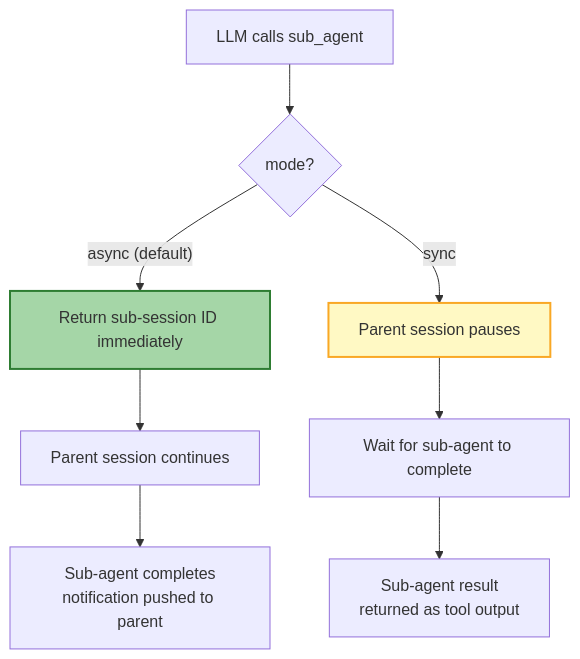
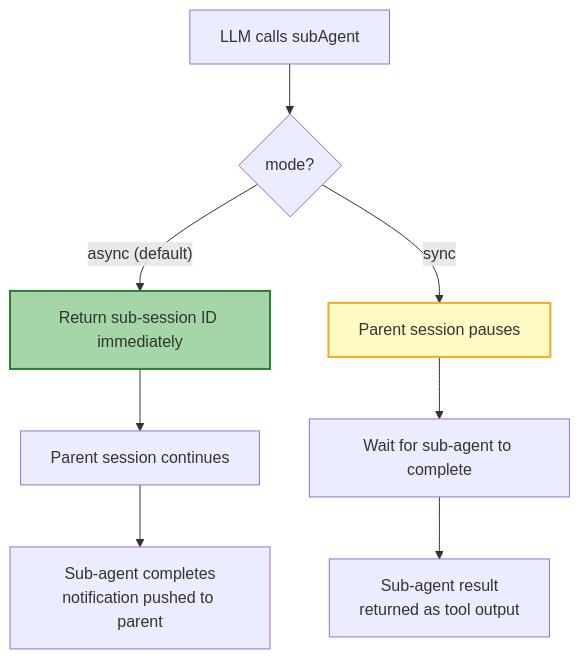
One commit to rtc-agent/docs changed the second of 4 diagrams in src/content/docs/en/features/llm-tools.md. Above: the diagram before and after it, drawn with Mermaid. The commit also changed other lines of this file and 13 other files, not shown here.

````diff
--- a/src/content/docs/en/features/llm-tools.md
+++ b/src/content/docs/en/features/llm-tools.md
@@ -66,14 +74,14 @@
 ```mermaid
 flowchart TD
-    A["LLM calls sub_agent"] --> B{"mode?"}
+    A["LLM calls subAgent"] --> B{"mode?"}
     B -->|"async (default)"| C["Return sub-session ID immediately"]
     C --> D["Parent session continues"]
     D --> E["Sub-agent completes<br/>notification pushed to parent"]
 
     B -->|"sync"| F["Parent session pauses"]
     F --> G["Wait for sub-agent to complete"]
     G --> H["Sub-agent result<br/>returned as tool output"]
 
     style C fill:#a5d6a7,stroke:#2e7d32,stroke-width:2px
     style F fill:#fff9c4,stroke:#f9a825,stroke-width:2px
 ```
````
